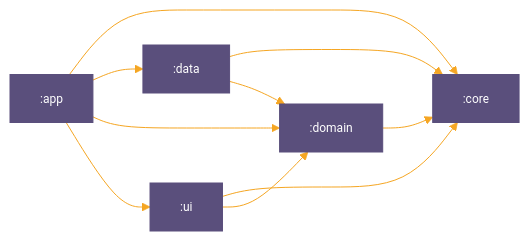
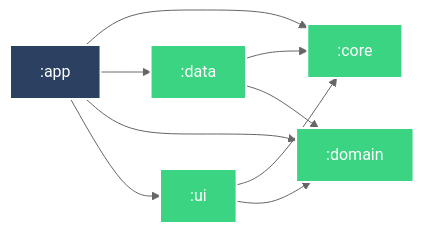
The diagram in docs/README.md (r4dixx/CATSikel), drawn with Mermaid before and after one commit. The commit also changed other lines of this file and 5 other files, not shown here.

````diff
--- a/docs/README.md
+++ b/docs/README.md
@@ -9,19 +3,26 @@
 ```mermaid
 %%{
   init: {
-    'theme': 'base',
-    'themeVariables': {"primaryTextColor":"#fff","primaryColor":"#5a4f7c","primaryBorderColor":"#5a4f7c","lineColor":"#f5a623","tertiaryColor":"#40375c","fontSize":"12px"}
+    'theme': 'neutral'
   }
 }%%
 
 graph LR
   :ui --> :core
   :ui --> :domain
   :app --> :core
   :app --> :data
   :app --> :domain
   :app --> :ui
   :data --> :core
   :data --> :domain
-  :domain --> :core
+
+classDef android-library fill:#3BD482,stroke:#fff,stroke-width:2px,color:#fff;
+classDef android-application fill:#2C4162,stroke:#fff,stroke-width:2px,color:#fff;
+class :ui android-library
+class :core android-library
+class :domain android-library
+class :app android-application
+class :data android-library
+
 ```
````
